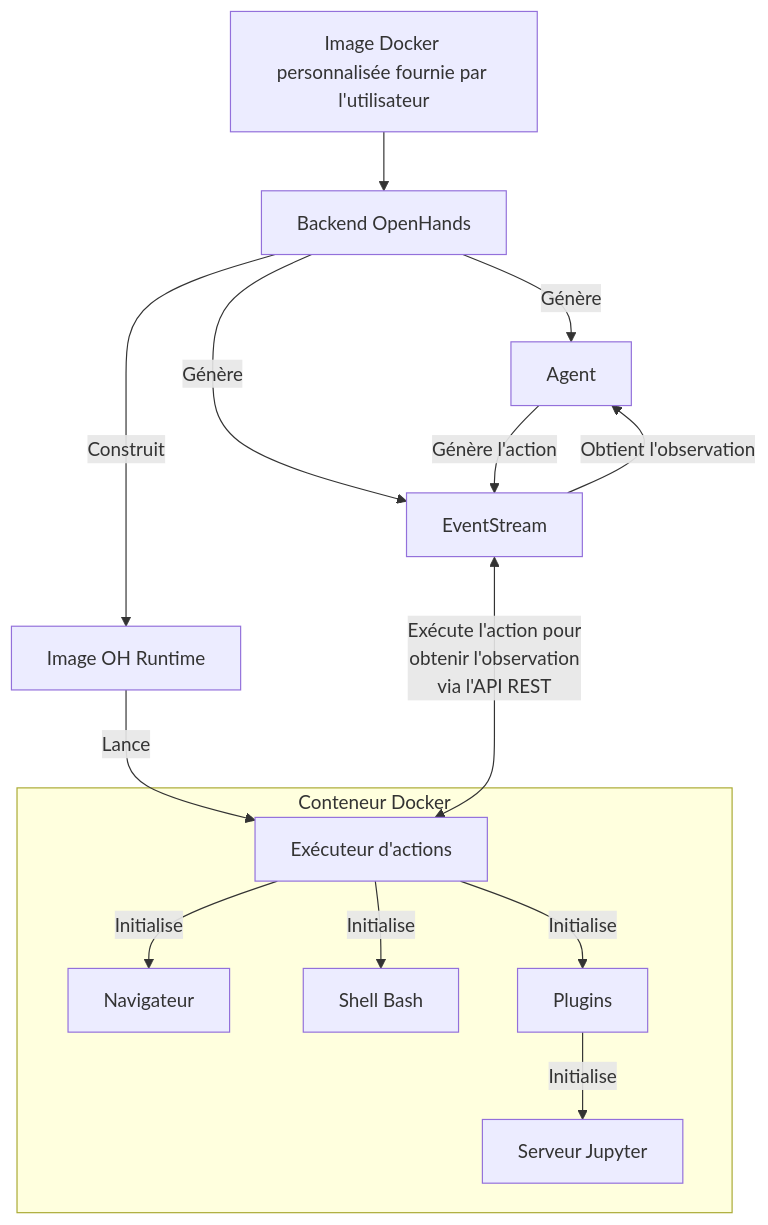
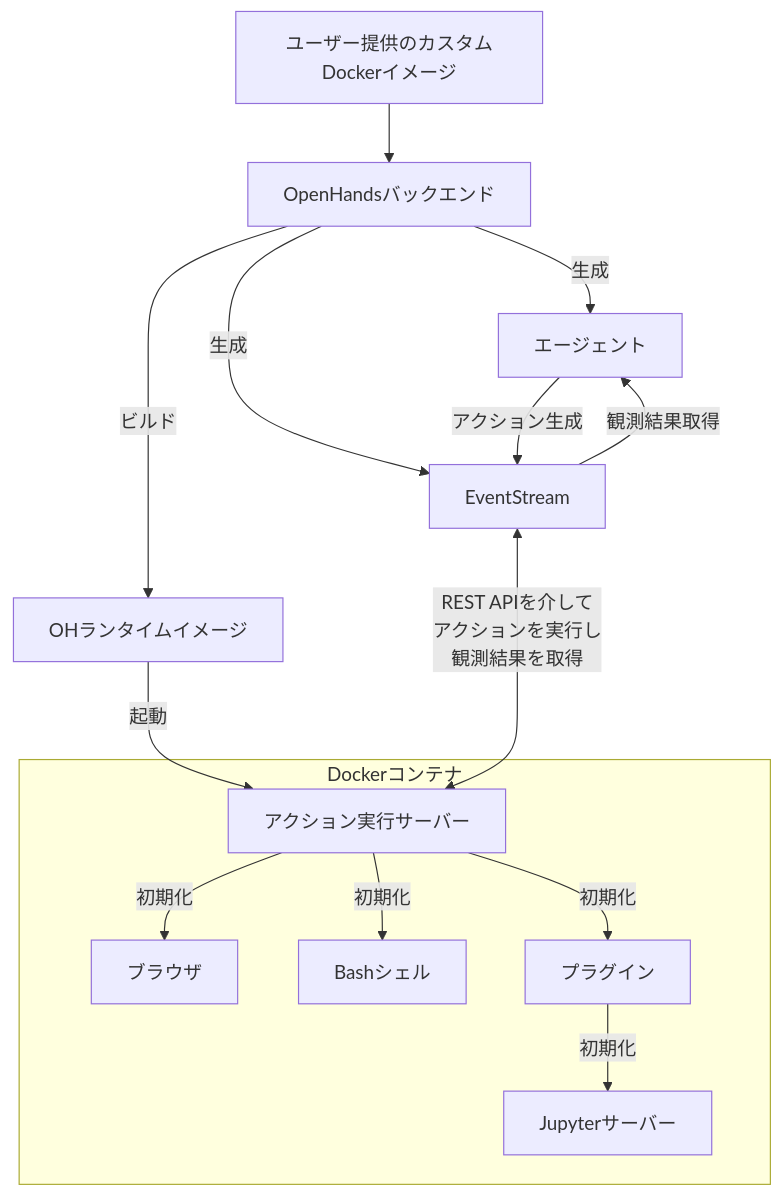
One commit to All-Hands-AI/OpenHands changed the diagram in docs/i18n/ja/docusaurus-plugin-content-docs/current/usage/architecture/runtime.md. Above: the diagram before and after it, drawn with Mermaid. The commit also changed other lines of this file and 21 other files, not shown here.

````diff
--- a/docs/i18n/ja/docusaurus-plugin-content-docs/current/usage/architecture/runtime.md
+++ b/docs/i18n/ja/docusaurus-plugin-content-docs/current/usage/architecture/runtime.md
@@ -22,28 +22,28 @@
 ```mermaid
 graph TD
-    A[Image Docker personnalisée fournie par l'utilisateur] --> B[Backend OpenHands]
-    B -->|Construit| C[Image OH Runtime]
-    C -->|Lance| D[Exécuteur d'actions]
-    D -->|Initialise| E[Navigateur]
-    D -->|Initialise| F[Shell Bash]
-    D -->|Initialise| G[Plugins]
-    G -->|Initialise| L[Serveur Jupyter]
+    A[ユーザー提供のカスタムDockerイメージ] --> B[OpenHandsバックエンド]
+    B -->|ビルド| C[OHランタイムイメージ]
+    C -->|起動| D[アクション実行サーバー]
+    D -->|初期化| E[ブラウザ]
+    D -->|初期化| F[Bashシェル]
+    D -->|初期化| G[プラグイン]
+    G -->|初期化| L[Jupyterサーバー]
 
-    B -->|Génère| H[Agent]
-    B -->|Génère| I[EventStream]
-    I <--->|Exécute l'action pour
-    obtenir l'observation
-    via l'API REST
+    B -->|生成| H[エージェント]
+    B -->|生成| I[EventStream]
+    I <--->|REST APIを介して
+    アクションを実行し
+    観測結果を取得
     | D
 
-    H -->|Génère l'action| I
-    I -->|Obtient l'observation| H
+    H -->|アクション生成| I
+    I -->|観測結果取得| H
 
-    subgraph "Conteneur Docker"
+    subgraph "Dockerコンテナ"
     D
     E
     F
     G
     L
     end
 ```
````
